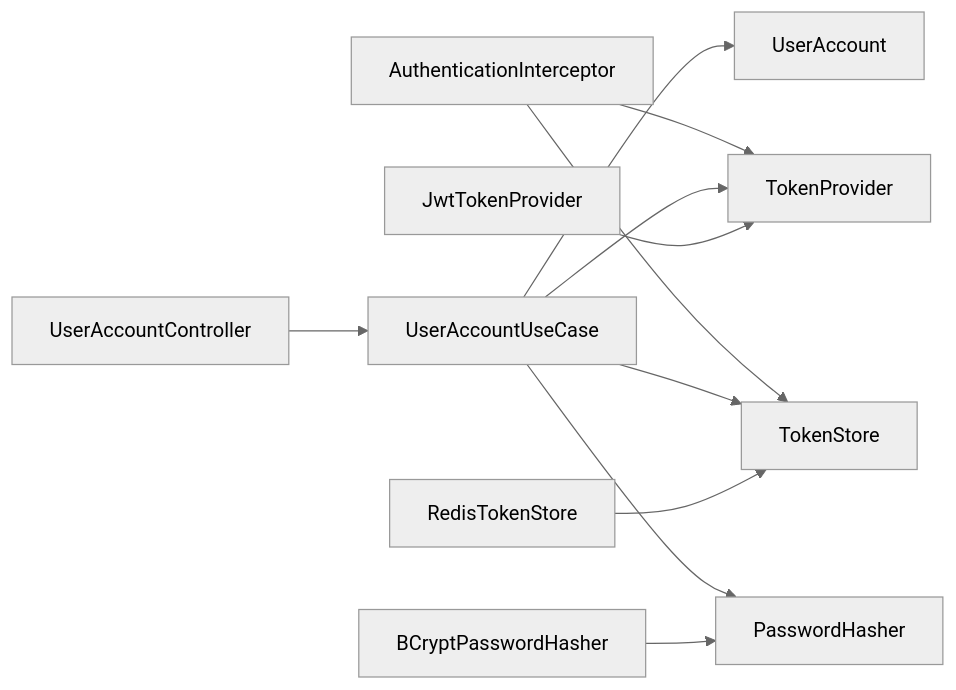
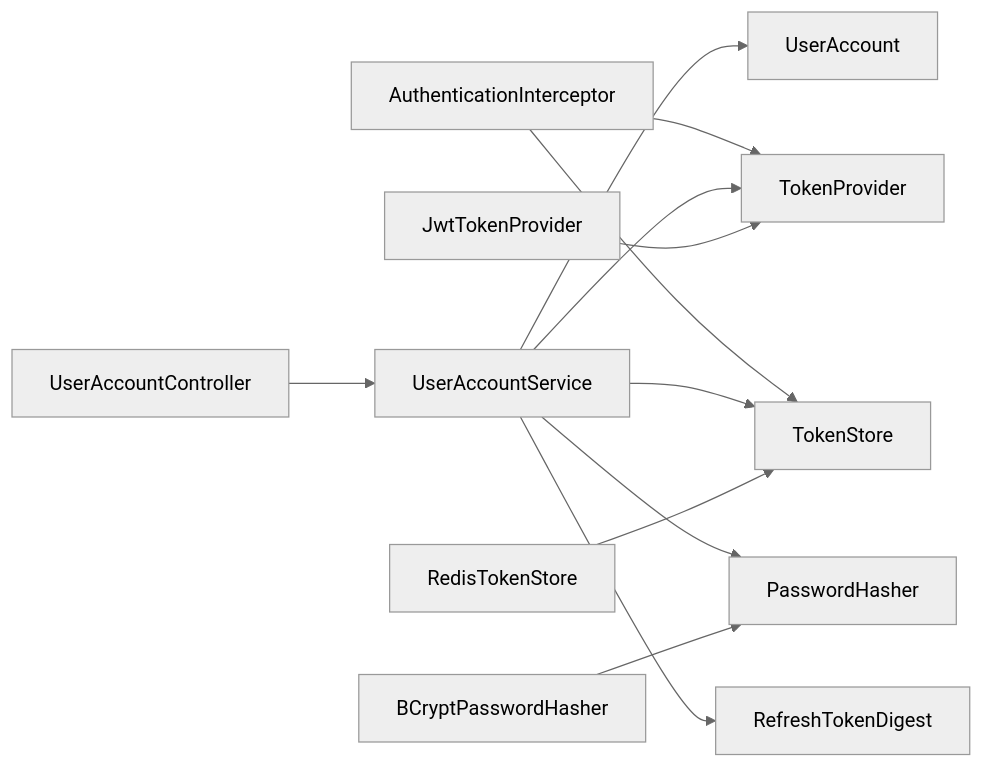
One commit to ddd-mall/j-store changed the ninth of 9 diagrams in .qoder/repowiki/en/content/User Authentication Module/User Authentication Module.md. Above: the diagram before and after it, drawn with Mermaid (neutral theme). The commit also changed other lines of this file and 334 other files, not shown here.

````diff
--- a/.qoder/repowiki/en/content/User Authentication Module/User Authentication Module.md
+++ b/.qoder/repowiki/en/content/User Authentication Module/User Authentication Module.md
@@ -336,13 +359,14 @@
 ```mermaid
 graph LR
 Interceptor["AuthenticationInterceptor"] --> TP["TokenProvider"]
 Interceptor --> TS["TokenStore"]
-Controller["UserAccountController"] --> UseCase["UserAccountUseCase"]
-UseCase --> Domain["UserAccount"]
-UseCase --> TP
-UseCase --> TS
-UseCase --> PH["PasswordHasher"]
+Controller["UserAccountController"] --> Service["UserAccountService"]
+Service --> Domain["UserAccount"]
+Service --> TP
+Service --> TS
+Service --> PH["PasswordHasher"]
+Service --> RTD["RefreshTokenDigest"]
 ImplTP["JwtTokenProvider"] --> TP
 ImplTS["RedisTokenStore"] --> TS
 ImplPH["BCryptPasswordHasher"] --> PH
 ```
````
